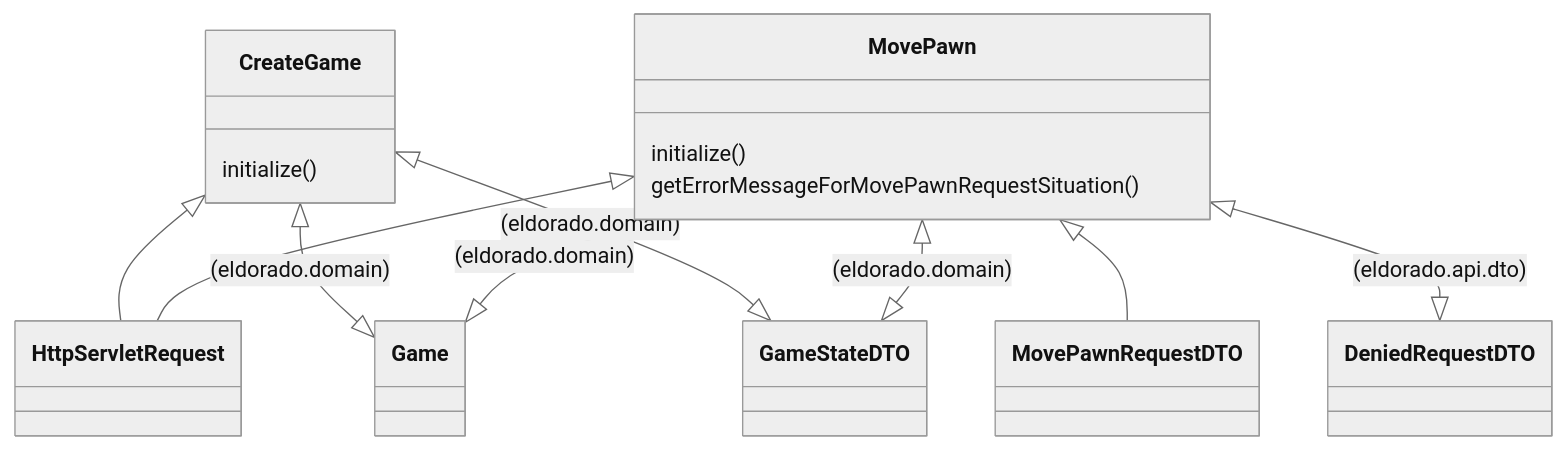
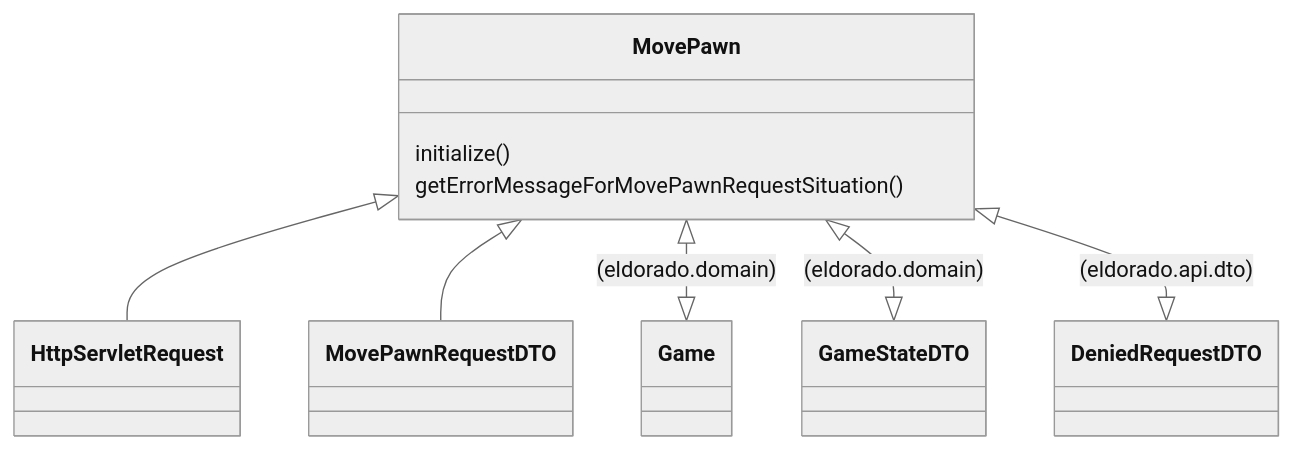
One commit to stijnlinderman/eldorado changed the sixth of 8 diagrams in ARCHITECTURE.md. Above: the diagram before and after it, drawn with Mermaid (neutral theme).

````diff
--- a/ARCHITECTURE.md
+++ b/ARCHITECTURE.md
@@ -64,16 +71,10 @@
 ```mermaid
 classDiagram
-	class HttpServletRequest
-	class MovePawnRequestDTO
-	CreateGame <|-- HttpServletRequest
-	CreateGame <|--|> Game: (eldorado.domain)
-	CreateGame <|--|> GameStateDTO: (eldorado.domain)
-	CreateGame : initialize()
 	MovePawn <|-- HttpServletRequest
 	MovePawn <|-- MovePawnRequestDTO
 	MovePawn <|--|> Game: (eldorado.domain)
 	MovePawn <|--|> GameStateDTO: (eldorado.domain)
 	MovePawn <|--|> DeniedRequestDTO: (eldorado.api.dto)
 	MovePawn : initialize()
 	MovePawn : getErrorMessageForMovePawnRequestSituation()
 ```
````
